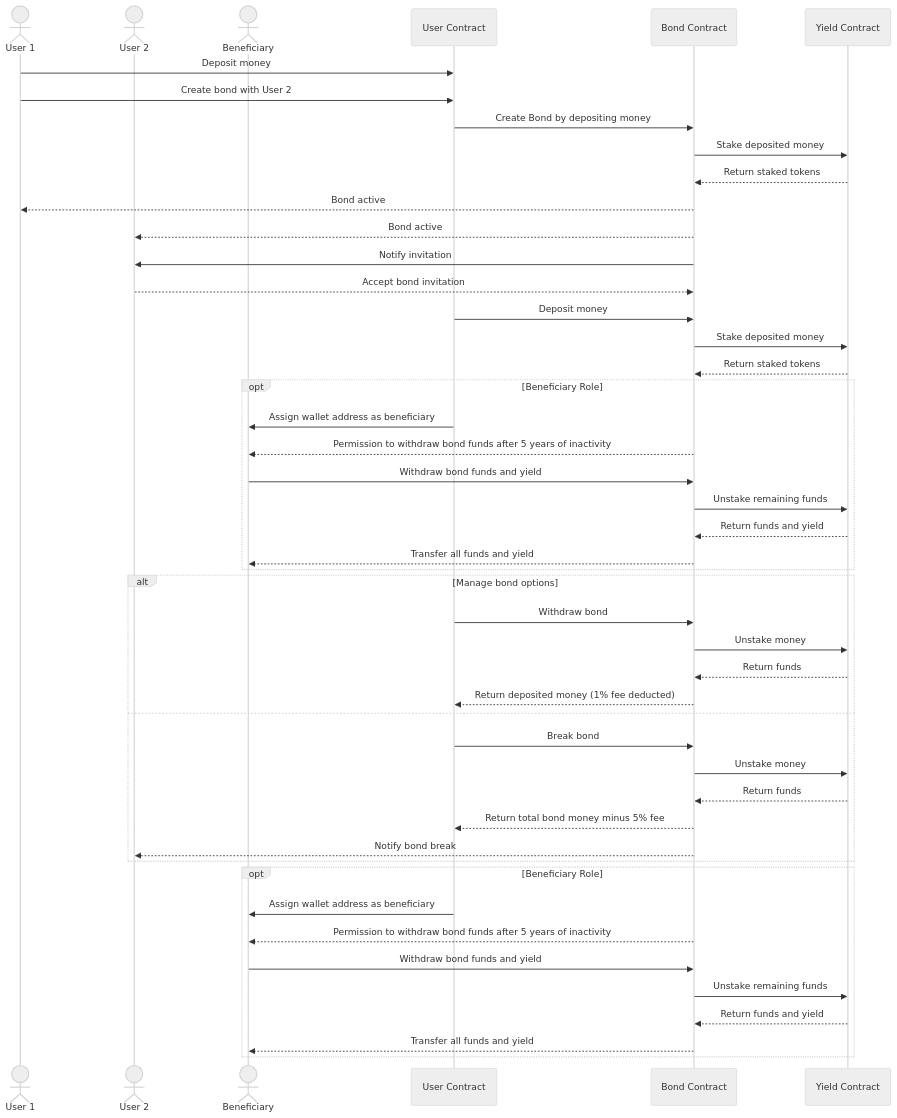
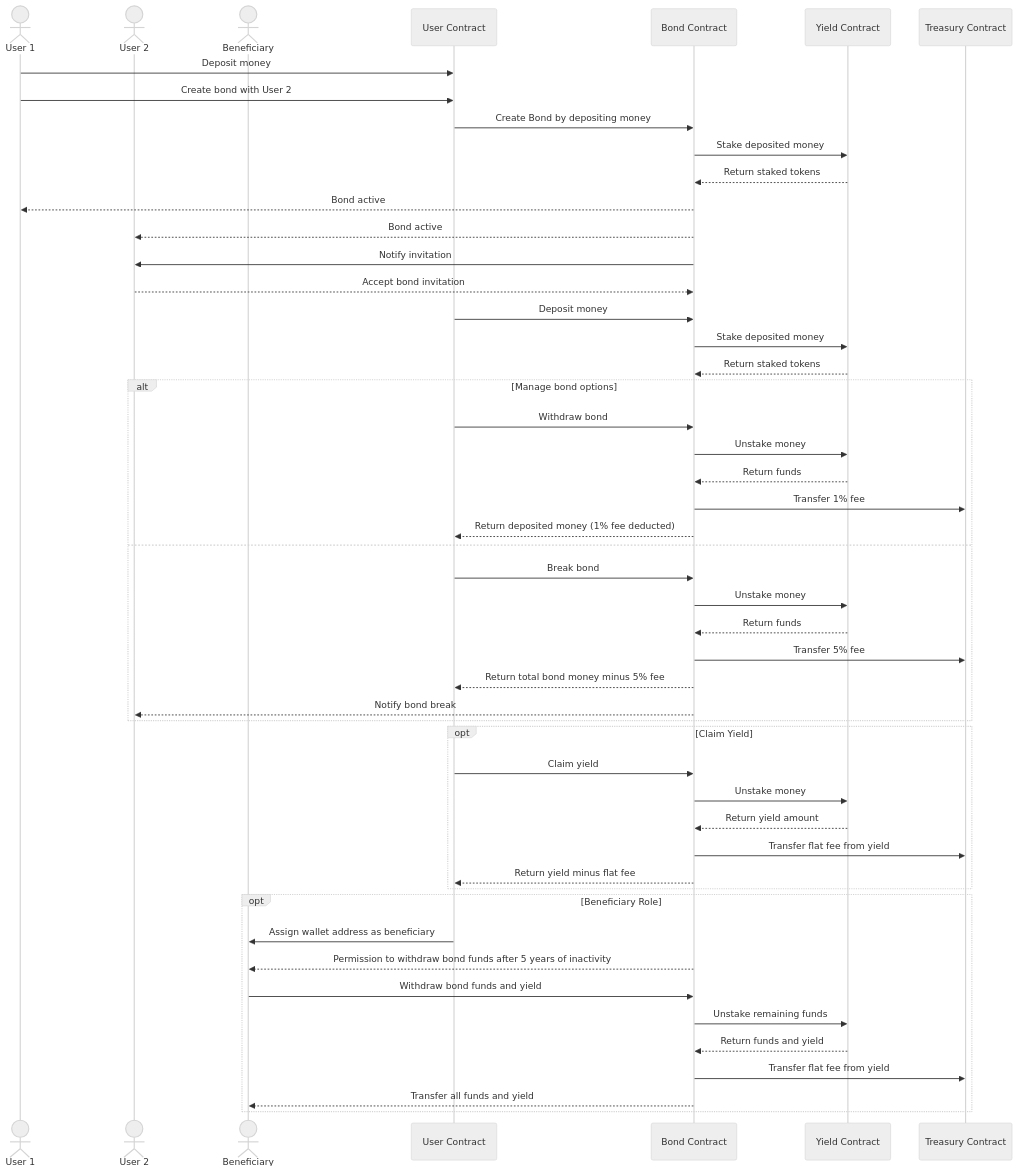
One commit to Wade-Protocol/info changed the second of 3 diagrams in README.md. Above: the diagram before and after it, drawn with Mermaid (neutral theme).

Commit message:
Treasury Contract Interactions added in Sequence Diagram

````diff
--- a/README.md
+++ b/README.md
@@ -157,56 +157,59 @@
 ```mermaid
 sequenceDiagram
   actor User1 as User 1
   actor User2 as User 2
   actor Beneficiary as Beneficiary
   participant UserContract as User Contract
   participant BondContract as Bond Contract
   participant YieldContract as Yield Contract
+  participant TreasuryContract as Treasury Contract
 
   User1 ->> UserContract: Deposit money
   User1 ->> UserContract: Create bond with User 2 
   UserContract ->> BondContract: Create Bond by depositing money
   BondContract ->> YieldContract: Stake deposited money
   YieldContract -->> BondContract: Return staked tokens
 
   BondContract -->> User1: Bond active
   BondContract -->> User2: Bond active
 
   BondContract ->> User2: Notify invitation
   User2 -->> BondContract: Accept bond invitation
   UserContract ->> BondContract: Deposit money
   BondContract ->> YieldContract: Stake deposited money
   YieldContract -->> BondContract: Return staked tokens
 
-  opt Beneficiary Role
-    UserContract ->> Beneficiary: Assign wallet address as beneficiary
-    BondContract -->> Beneficiary: Permission to withdraw bond funds after 5 years of inactivity
-    Beneficiary ->> BondContract: Withdraw bond funds and yield
-    BondContract ->> YieldContract: Unstake remaining funds
-    YieldContract -->> BondContract: Return funds and yield
-    BondContract -->> Beneficiary: Transfer all funds and yield
-  end
-
   alt Manage bond options
     UserContract ->> BondContract: Withdraw bond
     BondContract ->> YieldContract: Unstake money
     YieldContract -->> BondContract: Return funds
+    BondContract ->> TreasuryContract: Transfer 1% fee
     BondContract -->> UserContract: Return deposited money (1% fee deducted)
   else
     UserContract ->> BondContract: Break bond
     BondContract ->> YieldContract: Unstake money
     YieldContract -->> BondContract: Return funds
+    BondContract ->> TreasuryContract: Transfer 5% fee
     BondContract -->> UserContract: Return total bond money minus 5% fee
     BondContract -->> User2: Notify bond break
+  end
+
+  opt Claim Yield
+    UserContract ->> BondContract: Claim yield
+    BondContract ->> YieldContract: Unstake money
+    YieldContract -->> BondContract: Return yield amount
+    BondContract ->> TreasuryContract: Transfer flat fee from yield
+    BondContract -->> UserContract: Return yield minus flat fee
   end
 
   opt Beneficiary Role
     UserContract ->> Beneficiary: Assign wallet address as beneficiary
     BondContract -->> Beneficiary: Permission to withdraw bond funds after 5 years of inactivity
     Beneficiary ->> BondContract: Withdraw bond funds and yield
     BondContract ->> YieldContract: Unstake remaining funds
     YieldContract -->> BondContract: Return funds and yield
+    BondContract ->> TreasuryContract: Transfer flat fee from yield
     BondContract -->> Beneficiary: Transfer all funds and yield
   end
 
 ```
````
